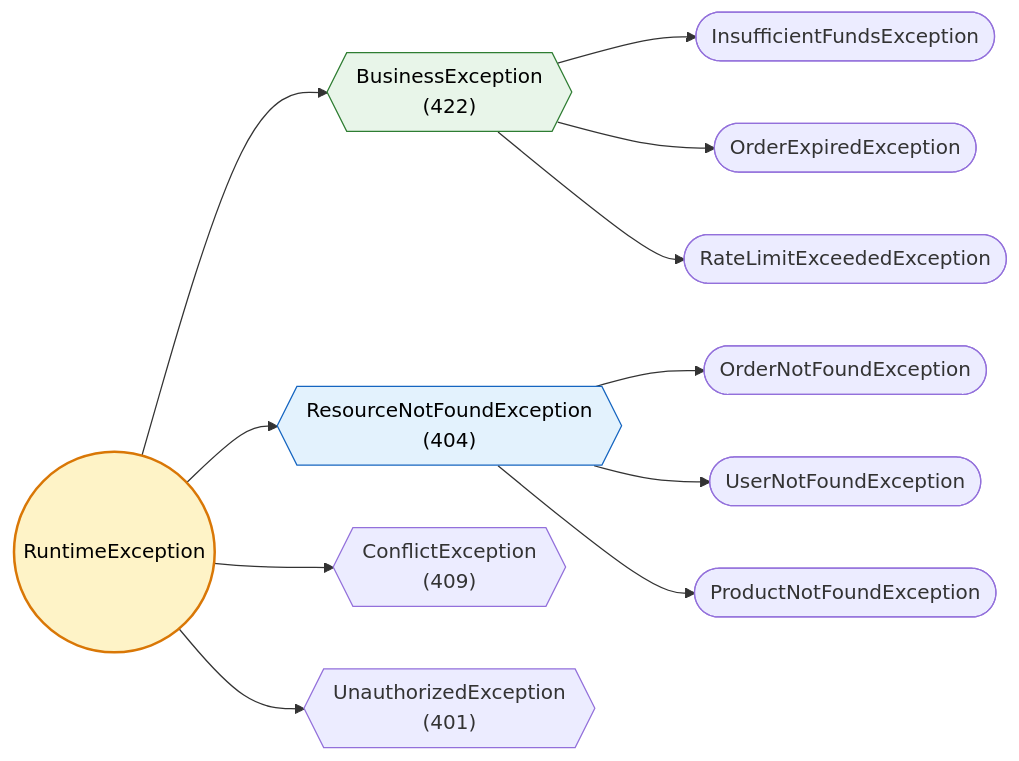
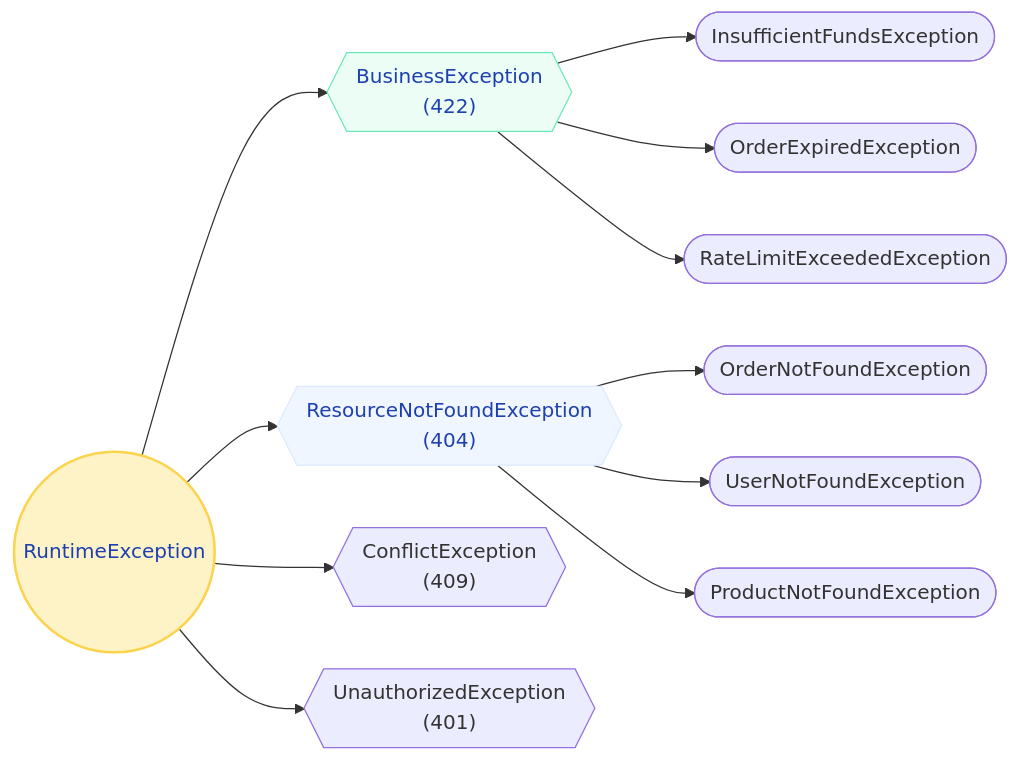
Before and after one commit to saivamsikaruturi/vamsilabs-dev-notes-main: the second of 2 diagrams in docs/springboot/exceptionhandling.md, drawn with Mermaid. The commit also changed other lines of this file and 220 other files, not shown here.

First line of the commit message:
Add 50+ new Java/Spring Boot pages, rewrite CSS code blocks to Oracle style, fix all diagram colors

````diff
--- a/docs/springboot/exceptionhandling.md
+++ b/docs/springboot/exceptionhandling.md
@@ -68,19 +68,19 @@
 ```mermaid
 flowchart LR
     RE(("RuntimeException"))
     RE --> BizEx{{"BusinessException<br/>(422)"}}
     RE --> NotFound{{"ResourceNotFoundException<br/>(404)"}}
     RE --> Conflict{{"ConflictException<br/>(409)"}}
     RE --> Auth{{"UnauthorizedException<br/>(401)"}}
     
     BizEx --> Insuff(["InsufficientFundsException"])
     BizEx --> Expired(["OrderExpiredException"])
     BizEx --> Limit(["RateLimitExceededException"])
     NotFound --> ONF(["OrderNotFoundException"])
     NotFound --> UNF(["UserNotFoundException"])
     NotFound --> PNF(["ProductNotFoundException"])
 
-    style RE fill:#FEF3C7,stroke:#D97706,stroke-width:2px,color:#000
-    style BizEx fill:#E8F5E9,stroke:#2E7D32,color:#000
-    style NotFound fill:#E3F2FD,stroke:#1565C0,color:#000
+    style RE fill:#FEF3C7,stroke:#FCD34D,stroke-width:2px,color:#1E40AF
+    style BizEx fill:#ECFDF5,stroke:#6EE7B7,color:#1E40AF
+    style NotFound fill:#EFF6FF,stroke:#DBEAFE,color:#1E40AF
 ```
````
